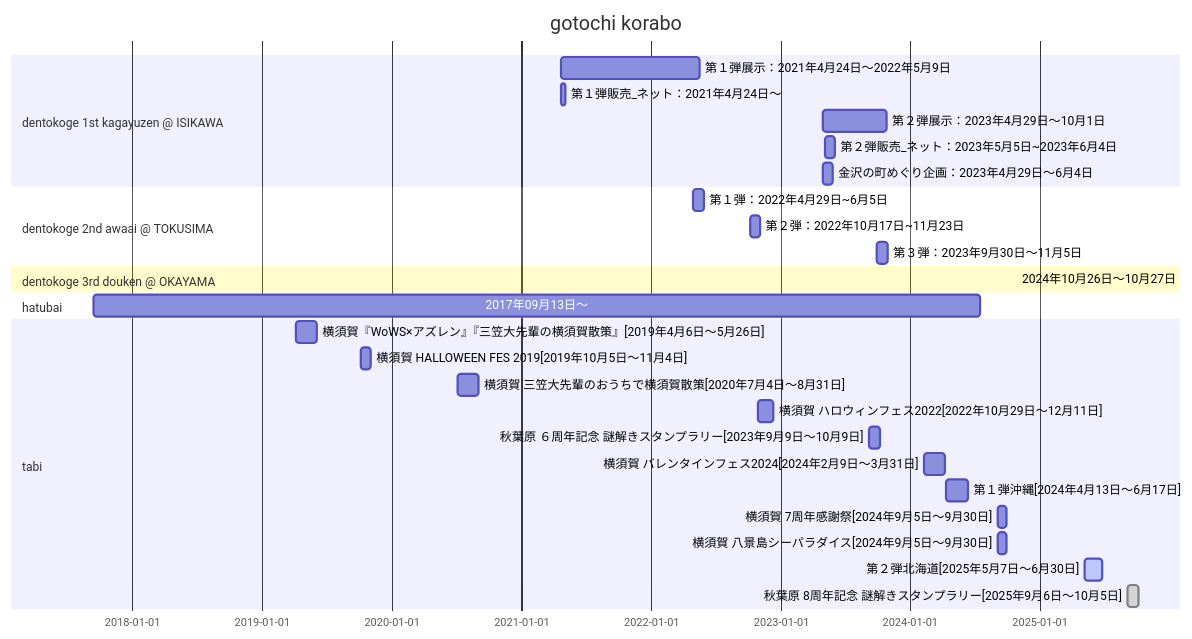
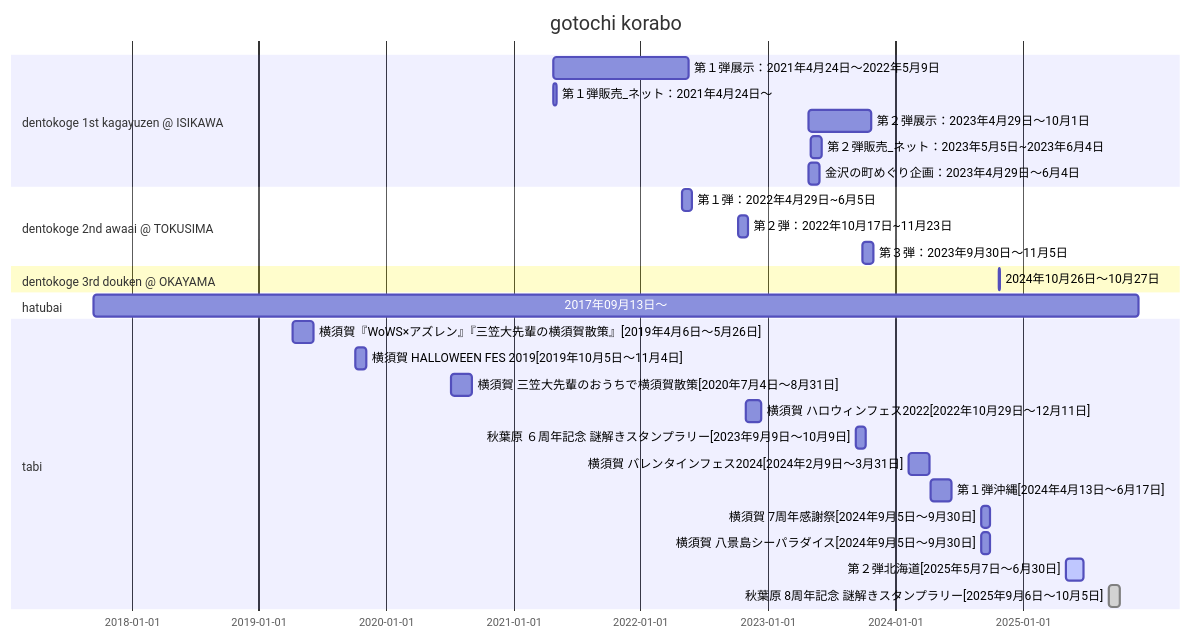
One commit to JihongNMI/SQL-and-Java changed the diagram in 정리_세계시간.md. Above: the diagram before and after it, drawn with Mermaid.

````diff
--- a/정리_세계시간.md
+++ b/정리_세계시간.md
@@ -1,43 +1,43 @@
 ```mermaid
 gantt
     title gotochi korabo
     dateFormat  YYYY-MM-DD
 
     section dentokoge 1st kagayuzen @ ISIKAWA
     第１弾展示：2021年4月24日～2022年5月9日    :    2021-04-24, 390d
     第１弾販売_ネット：2021年4月24日～    :    2021-04-24, 10d
     
     第２弾展示：2023年4月29日～10月1日    :    2023-04-29, 180d
     第２弾販売_ネット：2023年5月5日~2023年6月4日    :    2023-05-05, 30d
     金沢の町めぐり企画：2023年4月29日～6月4日    :    2023-04-29, 30d
 
     section dentokoge 2nd awaai @ TOKUSIMA
     第１弾：2022年4月29日~6月5日    :    2022-04-29, 30d
     第２弾：2022年10月17日~11月23日    :    2022-10-07, 30d
     第３弾：2023年9月30日～11月5日    :    2023-09-30, 30d
 
     section dentokoge 3rd douken @ OKAYAMA
     2024年10月26日～10月27日    :    2024-10-26, 2d
 
     section hatubai
-    2017年09月13日～    :    2017-09-13, 2500d
+    2017年09月13日～    :    2017-09-13, 3000d
 
     section tabi
     横須賀『WoWS×アズレン』『三笠大先輩の横須賀散策』[2019年4月6日～5月26日]    :    2019-04-06, 60d
     横須賀 HALLOWEEN FES 2019[2019年10月5日～11月4日]    :    2019-10-05, 30d
 
     横須賀 三笠大先輩のおうちで横須賀散策[2020年7月4日～8月31日]    :    2020-07-04, 60d
 
     横須賀 ハロウィンフェス2022[2022年10月29日～12月11日]    :    2022-10-29, 45d
 
     秋葉原 ６周年記念 謎解きスタンプラリー[2023年9月9日～10月9日]    :    2023-09-09, 30d
 
     横須賀 バレンタインフェス2024[2024年2月9日～3月31日]    :    2024-02-09, 60d
     第１弾沖縄[2024年4月13日～6月17日]    :    2024-04-13, 60d
     横須賀 7周年感謝祭[2024年9月5日～9月30日]    :    2024-09-05, 25d
     横須賀 八景島シーパラダイス[2024年9月5日～9月30日]    :    2024-09-05, 25d
 
     第２弾北海道[2025年5月7日～6月30日]    :    active, 2025-05-07, 50d
     秋葉原 8周年記念 謎解きスタンプラリー[2025年9月6日～10月5日]    :    done, 2025-09-06, 30d
 
 ```
````
